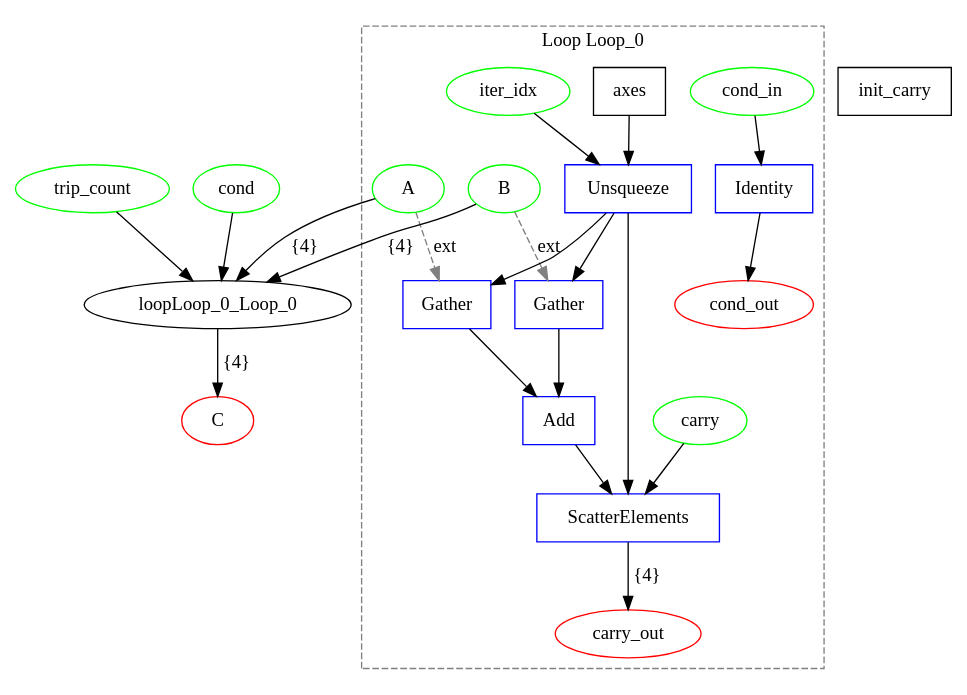
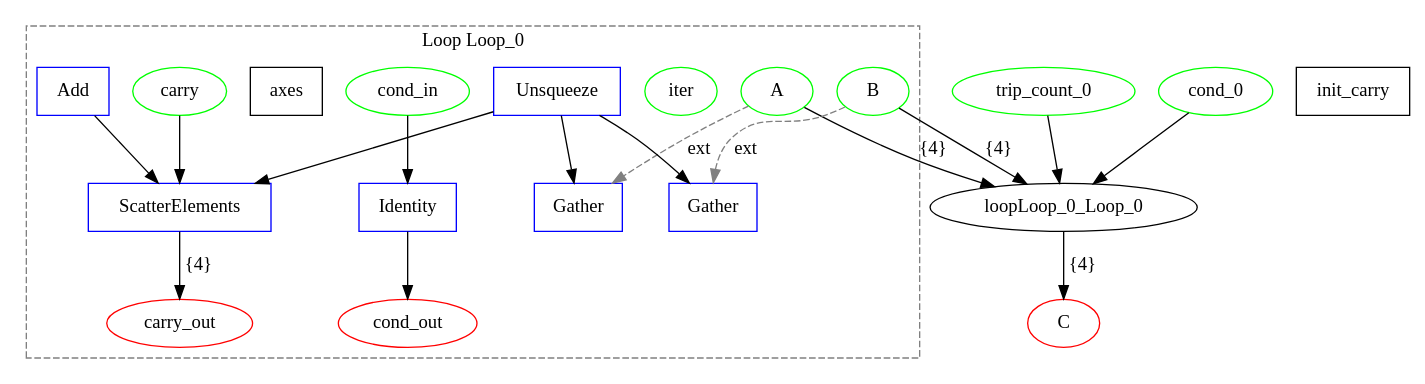
One commit to specs-feup/onnx-flow changed the diagram in examples/onnx/vectoradd_test.dot. Above: the diagram before and after it, drawn with Graphviz. The commit also changed 17 other files, not shown here.

```diff
--- a/examples/onnx/vectoradd_test.dot
+++ b/examples/onnx/vectoradd_test.dot
@@ -1,47 +1,43 @@
 digraph {
   graph [compound=true];
   A [label=A shape=ellipse color="#00FF00"];
   B [label=B shape=ellipse color="#00FF00"];
   C [label=C shape=ellipse color="#FF0000"];
-  trip_count [label=trip_count shape=ellipse color="#00FF00"];
-  cond [label=cond shape=ellipse color="#00FF00"];
+  trip_count_0 [label=trip_count_0 shape=ellipse color="#00FF00"];
+  cond_0 [label=cond_0 shape=ellipse color="#00FF00"];
   init_carry [label=init_carry shape=box];
   subgraph cluster_loop_Loop_0 {
     graph [rankdir=LR compound=true];
-    loopLoop_0_iter_idx [label=iter_idx shape=ellipse color="#00FF00"];
+    loopLoop_0_iter [label=iter shape=ellipse color="#00FF00"];
     loopLoop_0_cond_in [label=cond_in shape=ellipse color="#00FF00"];
     loopLoop_0_carry [label=carry shape=ellipse color="#00FF00"];
     loopLoop_0_axes [label=axes shape=box];
-    loopLoop_0_idx_unsq [label=Unsqueeze shape=box color="#0000FF"];
-    loopLoop_0_idx_unsq -> loopLoop_0_g_A [label=""];
-    loopLoop_0_idx_unsq -> loopLoop_0_g_B [label=""];
-    loopLoop_0_idx_unsq -> loopLoop_0_scatter [label=""];
-    loopLoop_0_g_A [label=Gather shape=box color="#0000FF"];
-    loopLoop_0_g_A -> loopLoop_0_Add_0 [label=""];
-    loopLoop_0_g_B [label=Gather shape=box color="#0000FF"];
-    loopLoop_0_g_B -> loopLoop_0_Add_0 [label=""];
+    loopLoop_0_unsq [label=Unsqueeze shape=box color="#0000FF"];
+    loopLoop_0_unsq -> loopLoop_0_g_A_0 [label=""];
+    loopLoop_0_unsq -> loopLoop_0_g_B_0 [label=""];
+    loopLoop_0_unsq -> loopLoop_0_scatter [label=""];
+    loopLoop_0_g_A_0 [label=Gather shape=box color="#0000FF"];
+    loopLoop_0_g_B_0 [label=Gather shape=box color="#0000FF"];
     loopLoop_0_Add_0 [label=Add shape=box color="#0000FF"];
     loopLoop_0_Add_0 -> loopLoop_0_scatter [label=""];
     loopLoop_0_scatter [label=ScatterElements shape=box color="#0000FF"];
     loopLoop_0_id_cond [label=Identity shape=box color="#0000FF"];
     loopLoop_0_cond_out [label=cond_out shape=ellipse color="#FF0000"];
     loopLoop_0_carry_out [label=carry_out shape=ellipse color="#FF0000"];
-    loopLoop_0_iter_idx -> loopLoop_0_idx_unsq [label=""];
-    loopLoop_0_axes -> loopLoop_0_idx_unsq [label=""];
     loopLoop_0_carry -> loopLoop_0_scatter [label=""];
     loopLoop_0_cond_in -> loopLoop_0_id_cond [label=""];
     loopLoop_0_id_cond -> loopLoop_0_cond_out [label=""];
     loopLoop_0_scatter -> loopLoop_0_carry_out [label="{4}"];
-    A -> loopLoop_0_g_A [style=dashed color=gray label=ext];
-    B -> loopLoop_0_g_B [style=dashed color=gray label=ext];
+    A -> loopLoop_0_g_A_0 [style=dashed color=gray label=ext];
+    B -> loopLoop_0_g_B_0 [style=dashed color=gray label=ext];
     graph [label="Loop Loop_0"];
     graph [style=dashed];
     graph [color=gray];
   }
 
-  cond -> loopLoop_0_Loop_0 [label="" lhead=cluster_loop_Loop_0];
   A -> loopLoop_0_Loop_0 [label="{4}" lhead=cluster_loop_Loop_0];
+  cond_0 -> loopLoop_0_Loop_0 [label="" lhead=cluster_loop_Loop_0];
   loopLoop_0_Loop_0 -> C [label="{4}" ltail=cluster_loop_Loop_0];
   B -> loopLoop_0_Loop_0 [label="{4}" lhead=cluster_loop_Loop_0];
-  trip_count -> loopLoop_0_Loop_0 [label="" lhead=cluster_loop_Loop_0];
+  trip_count_0 -> loopLoop_0_Loop_0 [label="" lhead=cluster_loop_Loop_0];
 }
```
